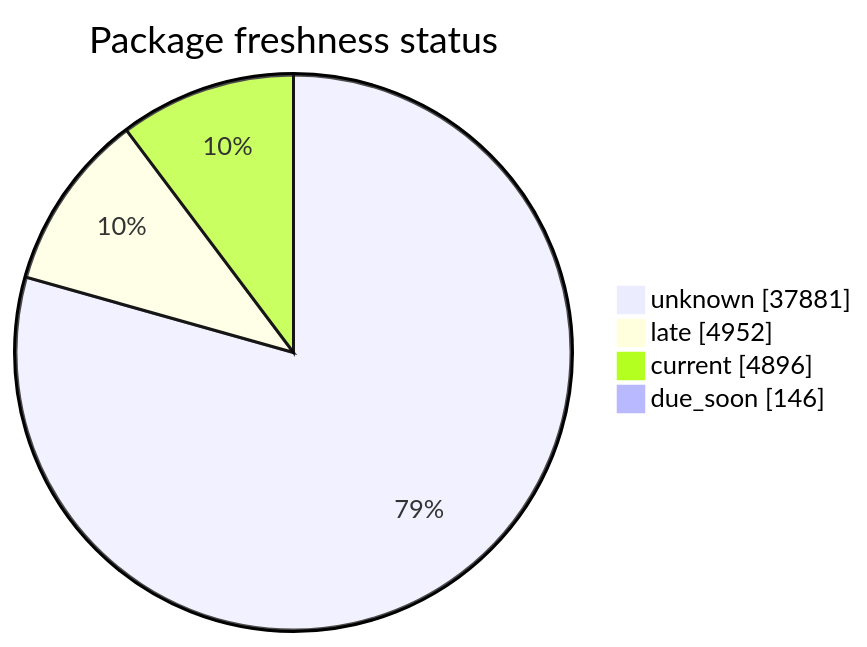
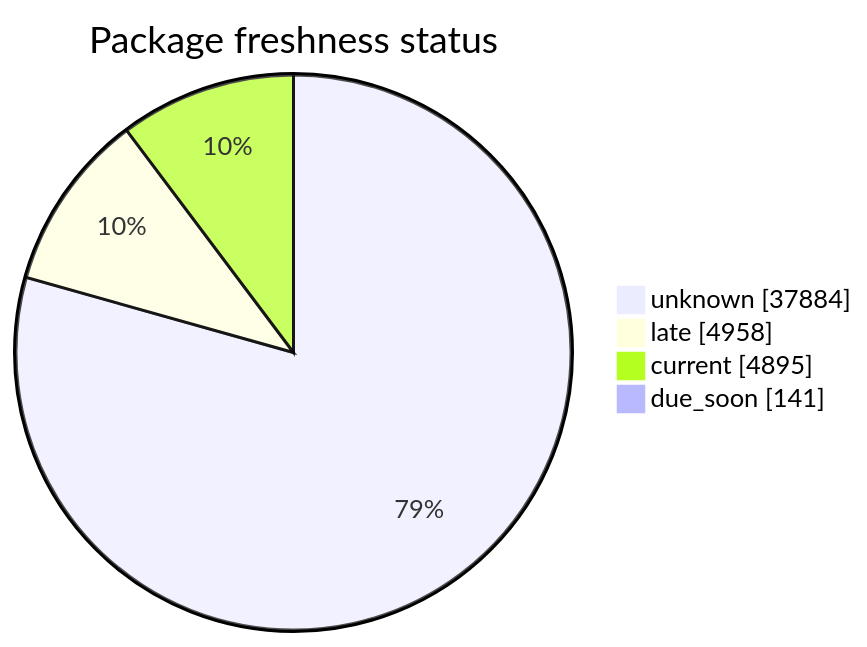
The second of 5 diagrams in FreshCheck/README.md (open-data/analytics-corporate-reporting), drawn with Mermaid before and after one commit. The commit also changed other lines of this file and 3 other files, not shown here.

````diff
--- a/FreshCheck/README.md
+++ b/FreshCheck/README.md
@@ -68,7 +68,7 @@
 ```mermaid
 pie showData title Package freshness status
-    "unknown": 37881
-    "late": 4952
-    "current": 4896
-    "due_soon": 146
+    "unknown": 37884
+    "late": 4958
+    "current": 4895
+    "due_soon": 141
 ```
````
